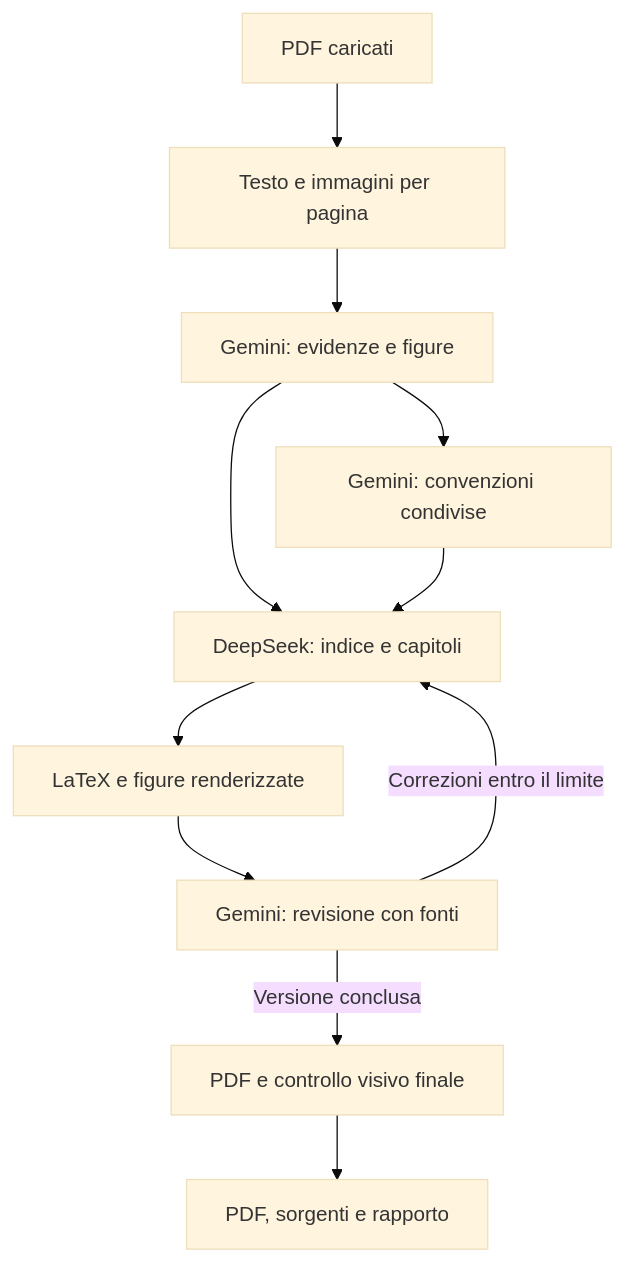
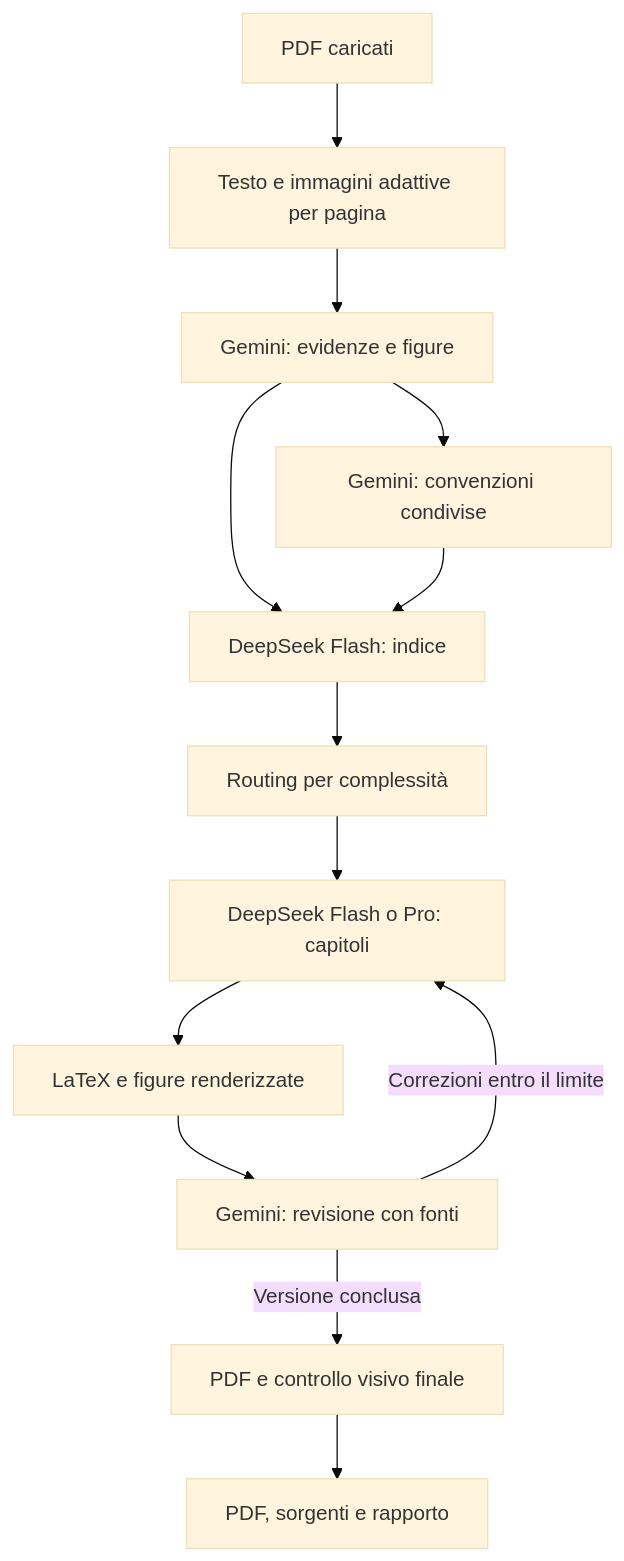
Before and after one commit to infostoreoverline-cell/study_genius_completo: the diagram in docs/ARCHITETTURA.md, drawn with Mermaid (base theme). The commit also changed other lines of this file and 31 other files, not shown here.

````diff
--- a/docs/ARCHITETTURA.md
+++ b/docs/ARCHITETTURA.md
@@ -20,13 +21,15 @@
 ```mermaid
 flowchart TD
-    A[PDF caricati] --> B[Testo e immagini per pagina]
+    A[PDF caricati] --> B[Testo e immagini adattive per pagina]
     B --> C[Gemini: evidenze e figure]
-    C --> D[DeepSeek: indice e capitoli]
+    C --> D[DeepSeek Flash: indice]
     C --> I[Gemini: convenzioni condivise]
     I --> D
-    D --> E[LaTeX e figure renderizzate]
+    D --> J[Routing per complessità]
+    J --> K[DeepSeek Flash o Pro: capitoli]
+    K --> E[LaTeX e figure renderizzate]
     E --> F[Gemini: revisione con fonti]
-    F -->|Correzioni entro il limite| D
+    F -->|Correzioni entro il limite| K
     F -->|Versione conclusa| G[PDF e controllo visivo finale]
     G --> H[PDF, sorgenti e rapporto]
 ```
````
